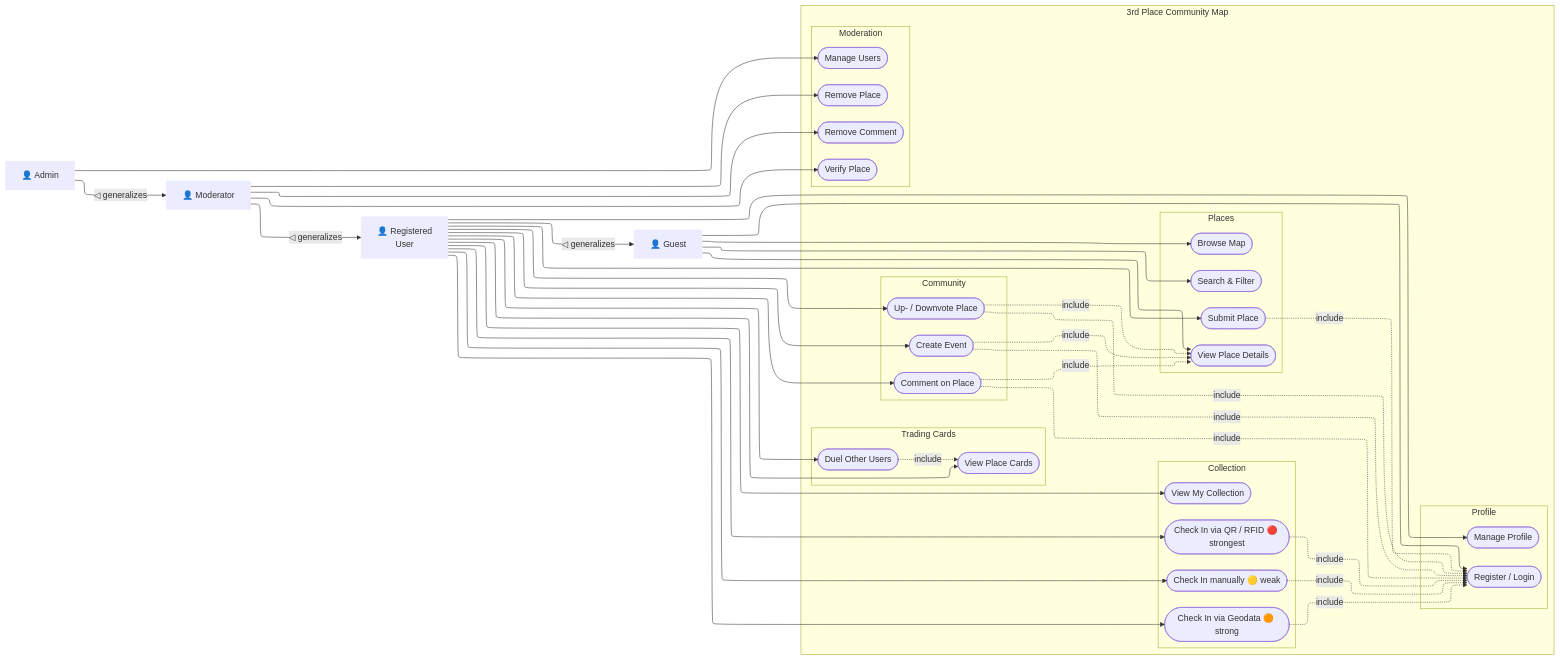
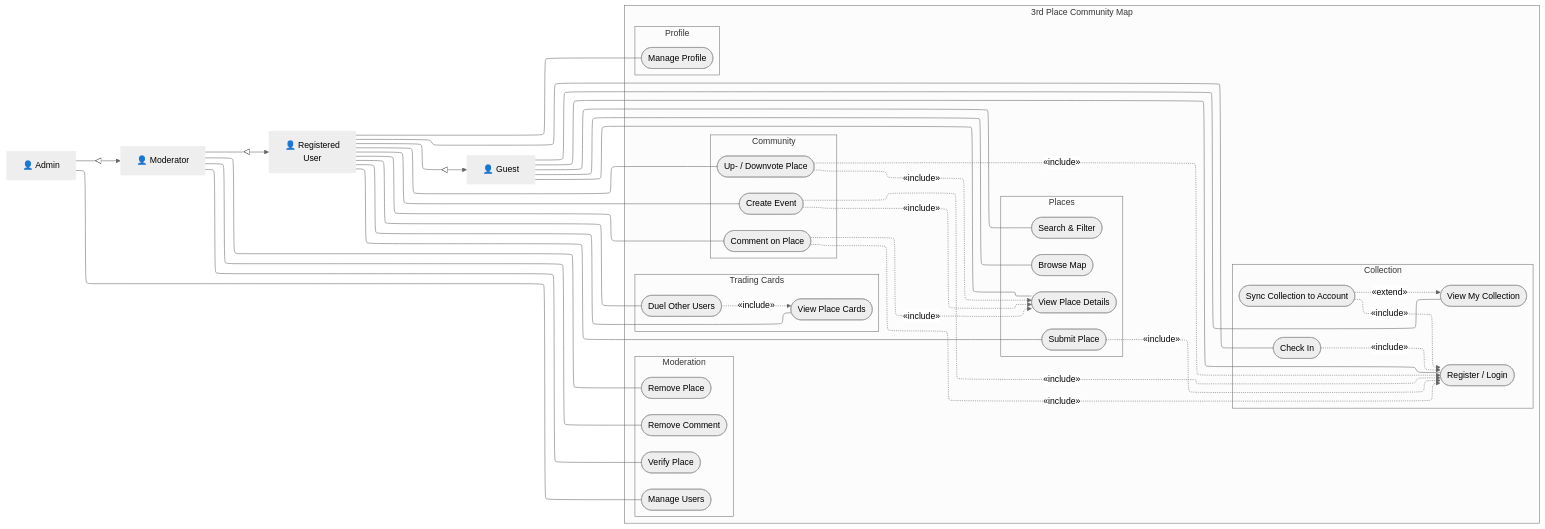
The diagram in docs/project-management/requirements.md (urban05/placey), drawn with Mermaid before and after one commit.

Commit message:
Refactor UML diagram syntax in requirements.md

````diff
--- a/docs/project-management/requirements.md
+++ b/docs/project-management/requirements.md
@@ -6,18 +6,17 @@
 ---
 config:
   layout: elk
+  theme: neutral
 ---
-
 flowchart LR
   rGuest["👤 Guest"]:::role
   rUser["👤 Registered\nUser"]:::role
   rMod["👤 Moderator"]:::role
   rAdmin["👤 Admin"]:::role
 
-  %% Actor generalization: child ──▷ parent (UML hollow triangle convention)
-  rUser -->|"◁ generalizes"| rGuest
-  rMod -->|"◁ generalizes"| rUser
-  rAdmin -->|"◁ generalizes"| rMod
+  rUser -->|"◁"| rGuest
+  rMod -->|"◁"| rUser
+  rAdmin -->|"◁"| rMod
 
   subgraph S["3rd Place Community Map"]
     direction TB
@@ -33,22 +32,24 @@
       ucVote([Up- / Downvote Place])
       ucComment([Comment on Place])
       ucEvent([Create Event])
-      ucVote -. include .-> ucVP
-      ucComment -. include .-> ucVP
-      ucEvent -. include .-> ucVP
+      ucVote -. «include» .-> ucVP
+      ucComment -. «include» .-> ucVP
+      ucEvent -. «include» .-> ucVP
     end
 
     subgraph Collection["Collection"]
-      ucCI_M([Check In manually 🟡 weak])
-      ucCI_G([Check In via Geodata 🟠 strong])
-      ucCI_Q([Check In via QR / RFID 🔴 strongest])
       ucMyCol([View My Collection])
+      ucSyncCol([Sync Collection to Account])
+      ucCI([Check In])
+      ucSyncCol -. «extend» .-> ucMyCol
+      ucSyncCol -. «include» .-> ucAuth
+      ucCI -. «include» .-> ucAuth
     end
 
     subgraph Cards["Trading Cards"]
       ucCardView([View Place Cards])
       ucDuel([Duel Other Users])
-      ucDuel -. include .-> ucCardView
+      ucDuel -. «include» .-> ucCardView
     end
 
     subgraph Moderation["Moderation"]
@@ -63,42 +64,32 @@
       ucProfile([Manage Profile])
     end
 
-    ucSP -. include .-> ucAuth
-    ucVote -. include .-> ucAuth
-    ucComment -. include .-> ucAuth
-    ucEvent -. include .-> ucAuth
-    ucCI_M -. include .-> ucAuth
-    ucCI_G -. include .-> ucAuth
-    ucCI_Q -. include .-> ucAuth
+    ucSP -. «include» .-> ucAuth
+    ucVote -. «include» .-> ucAuth
+    ucComment -. «include» .-> ucAuth
+    ucEvent -. «include» .-> ucAuth
   end
 
-  %% Guest — base actor
-  rGuest --> ucBM
-  rGuest --> ucVP
-  rGuest --> ucSF
-  rGuest --> ucAuth
+  rGuest --- ucBM
+  rGuest --- ucVP
+  rGuest --- ucSF
+  rGuest --- ucAuth
+  rGuest --- ucMyCol
 
-  %% Registered User — own use cases only (inherits Guest's via generalization)
-  rUser --> ucSP
-  rUser --> ucVote
-  rUser --> ucComment
-  rUser --> ucEvent
-  rUser --> ucCI_M
-  rUser --> ucCI_G
-  rUser --> ucCI_Q
-  rUser --> ucMyCol
-  rUser --> ucCardView
-  rUser --> ucDuel
-  rUser --> ucProfile
+  rUser --- ucSP
+  rUser --- ucVote
+  rUser --- ucComment
+  rUser --- ucEvent
+  rUser --- ucCI
+  rUser --- ucCardView
+  rUser --- ucDuel
+  rUser --- ucProfile
 
-  %% Moderator — own use cases only (inherits User's via generalization)
-  rMod --> ucVerify
-  rMod --> ucRemovePlace
-  rMod --> ucRemoveComment
+  rMod --- ucVerify
+  rMod --- ucRemovePlace
+  rMod --- ucRemoveComment
 
-  %% Admin — own use cases only (inherits Moderator's via generalization)
-  rAdmin --> ucManageUsers
+  rAdmin --- ucManageUsers
 
-
-  classDef role stroke-width:0px;
+  classDef role stroke-width:0px
 ```
````
